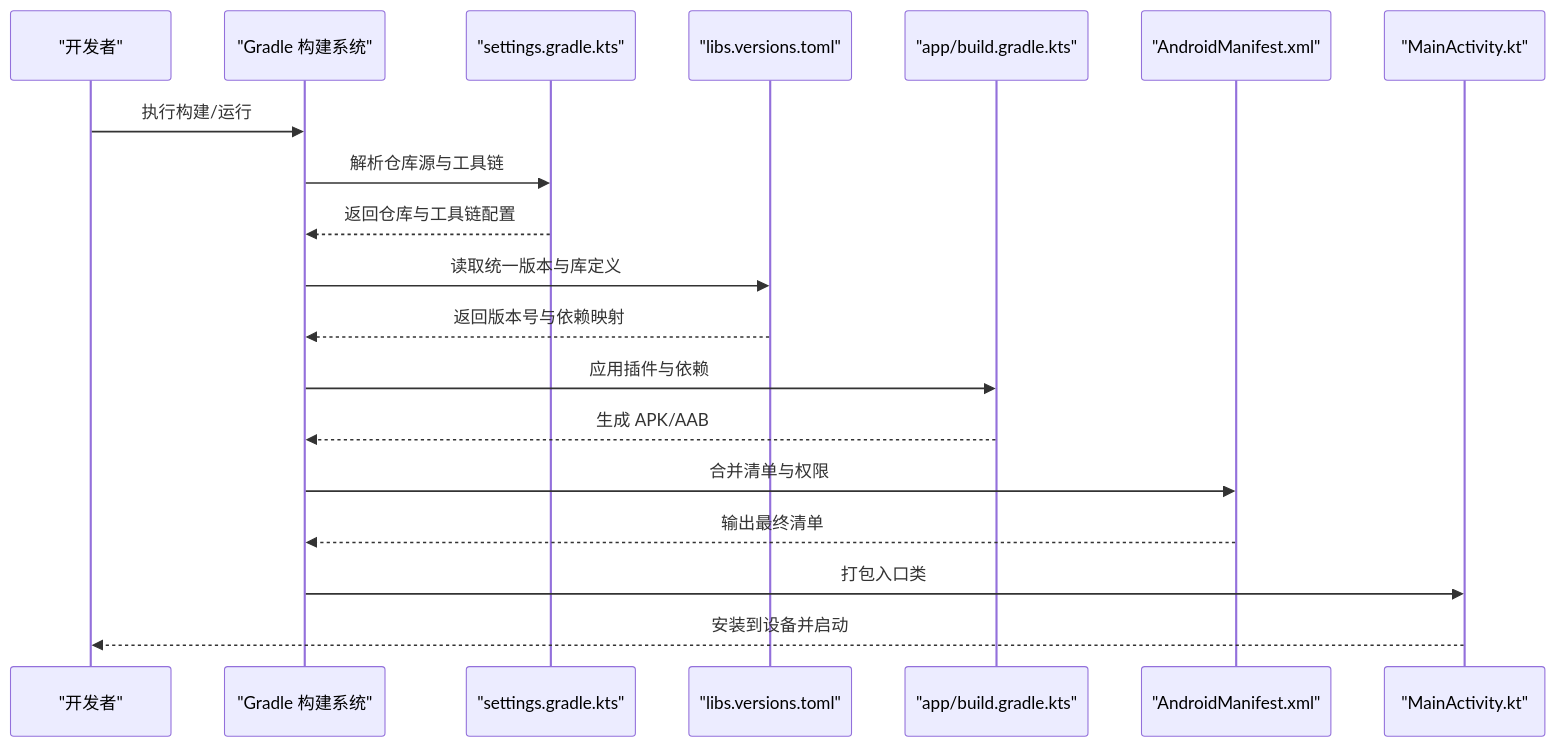
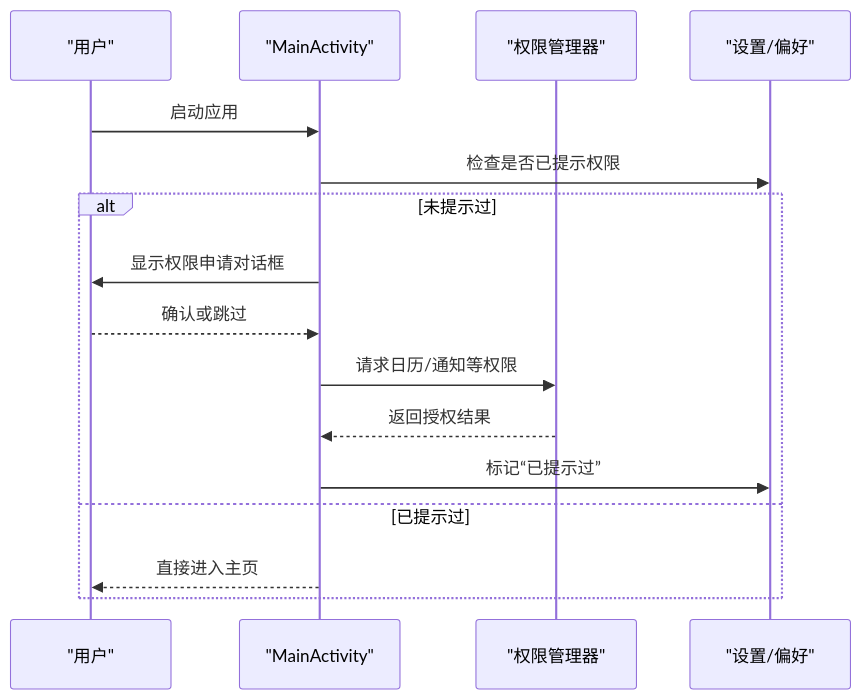
The third of 3 diagrams in .qoder/repowiki/zh/content/快速开始.md (xiaobai860/paibanrili), drawn with Mermaid before and after one commit. The commit also changed other lines of this file and 245 other files, not shown here.

````diff
--- a/.qoder/repowiki/zh/content/快速开始.md
+++ b/.qoder/repowiki/zh/content/快速开始.md
@@ -73,21 +128,18 @@
 ```mermaid
 sequenceDiagram
-participant Dev as "开发者"
-participant Gradle as "Gradle 构建系统"
-participant Settings as "settings.gradle.kts"
-participant Versions as "libs.versions.toml"
-participant AppBuild as "app/build.gradle.kts"
-participant Manifest as "AndroidManifest.xml"
-participant Main as "MainActivity.kt"
-Dev->>Gradle : 执行构建/运行
-Gradle->>Settings : 解析仓库源与工具链
-Settings-->>Gradle : 返回仓库与工具链配置
-Gradle->>Versions : 读取统一版本与库定义
-Versions-->>Gradle : 返回版本号与依赖映射
-Gradle->>AppBuild : 应用插件与依赖
-AppBuild-->>Gradle : 生成 APK/AAB
-Gradle->>Manifest : 合并清单与权限
-Manifest-->>Gradle : 输出最终清单
-Gradle->>Main : 打包入口类
-Main-->>Dev : 安装到设备并启动
+participant U as "用户"
+participant A as "MainActivity"
+participant P as "权限管理器"
+participant S as "设置/偏好"
+U->>A : 启动应用
+A->>S : 检查是否已提示权限
+alt 未提示过
+A->>U : 显示权限申请对话框
+U-->>A : 确认或跳过
+A->>P : 请求日历/通知等权限
+P-->>A : 返回授权结果
+A->>S : 标记“已提示过”
+else 已提示过
+A-->>U : 直接进入主页
+end
 ```
````
